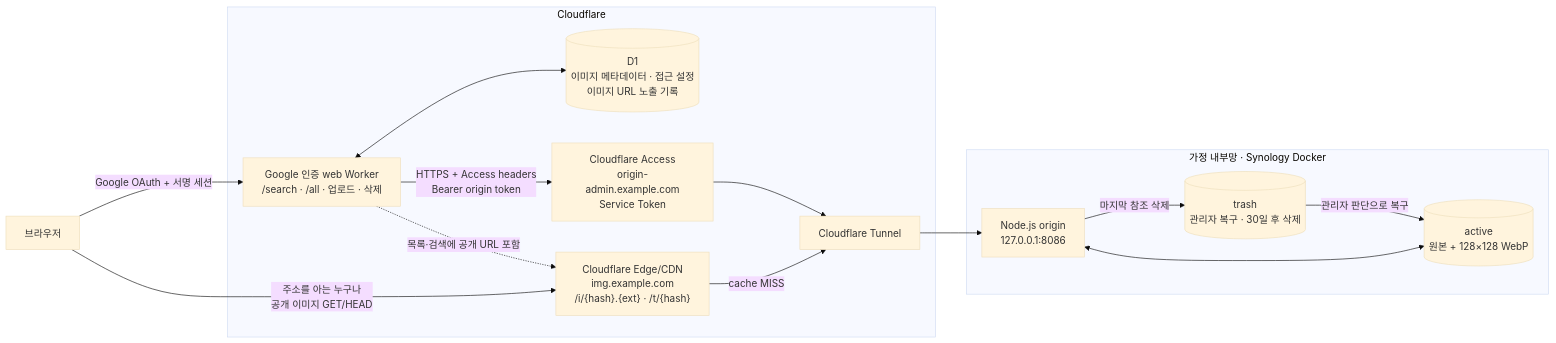
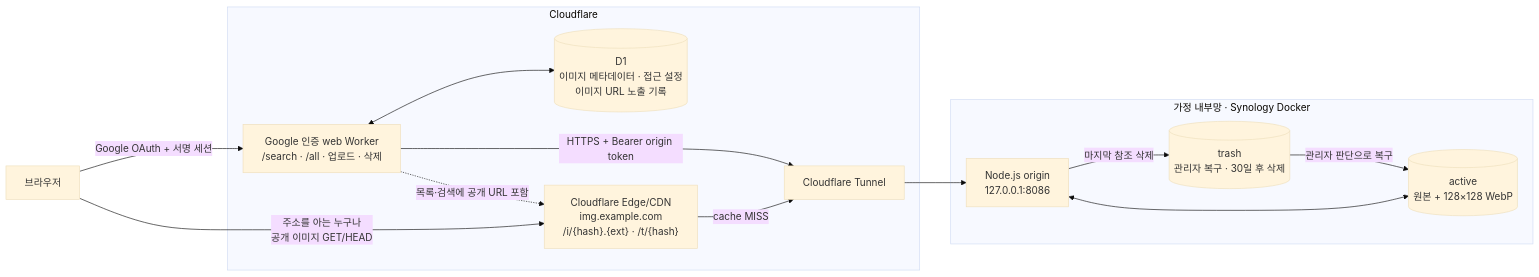
The first of 4 diagrams in docs/architecture.md (octopus7/meme), drawn with Mermaid (base theme) before and after one commit. The commit also changed other lines of this file and 11 other files, not shown here.

Commit message:
Remove Cloudflare Access dependency

````diff
--- a/docs/architecture.md
+++ b/docs/architecture.md
@@ -13,29 +13,27 @@
 ```mermaid
 flowchart LR
     U["브라우저"]
     subgraph CF["Cloudflare"]
         W["Google 인증 web Worker<br/>/search · /all · 업로드 · 삭제"]
         D[("D1<br/>이미지 메타데이터 · 접근 설정<br/>이미지 URL 노출 기록")]
         C["Cloudflare Edge/CDN<br/>img.example.com<br/>/i/{hash}.{ext} · /t/{hash}"]
-        A["Cloudflare Access<br/>origin-admin.example.com<br/>Service Token"]
         T["Cloudflare Tunnel"]
     end
 
     subgraph HOME["가정 내부망 · Synology Docker"]
         O["Node.js origin<br/>127.0.0.1:8086"]
         F[("active<br/>원본 + 128×128 WebP")]
         X[("trash<br/>관리자 복구 · 30일 후 삭제")]
     end
 
     U -->|"Google OAuth + 서명 세션"| W
     W <--> D
     U -->|"주소를 아는 누구나<br/>공개 이미지 GET/HEAD"| C
     W -.->|"목록·검색에 공개 URL 포함"| C
     C -->|"cache MISS"| T
-    W -->|"HTTPS + Access headers<br/>Bearer origin token"| A
-    A --> T
+    W -->|"HTTPS + Bearer origin token"| T
     T --> O
     O <--> F
     O -->|"마지막 참조 삭제"| X
     X -->|"관리자 판단으로 복구"| F
 ```
````
